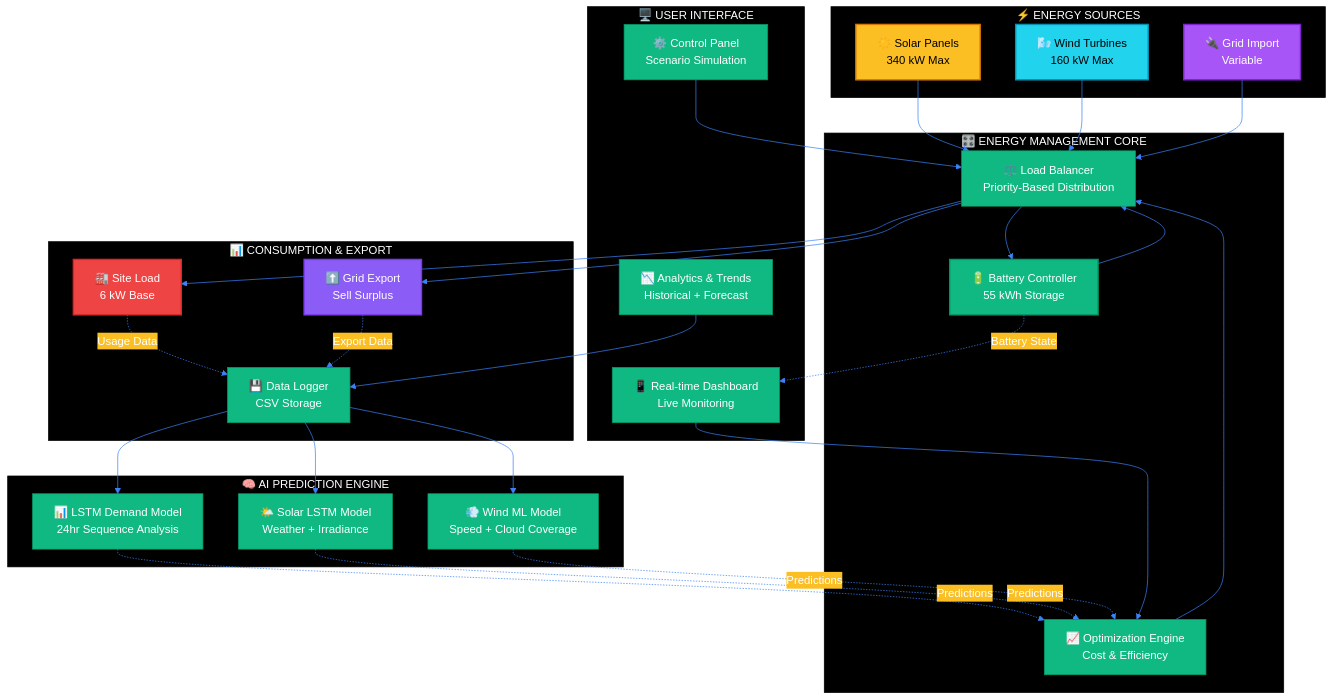
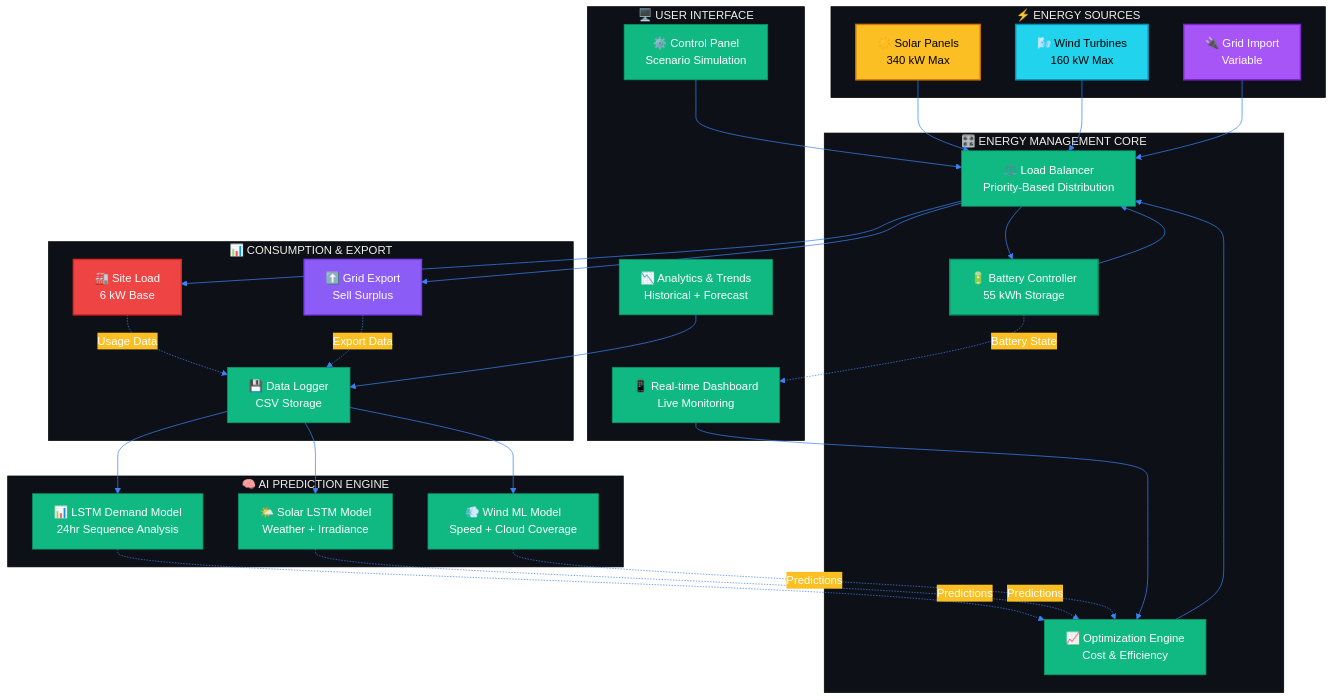
One commit to Alapan18/green-pulse changed the first of 2 diagrams in README.md. Above: the diagram before and after it, drawn with Mermaid.

Commit message:
color change of readme

````diff
--- a/README.md
+++ b/README.md
@@ -85,67 +85,67 @@
 ```mermaid
-%%{init: {'theme':'base', 'themeVariables': { 'primaryColor':'#10b981','primaryTextColor':'#fff','primaryBorderColor':'#059669','lineColor':'#3b82f6','secondaryColor':'#fbbf24','tertiaryColor':'#000000'}}}%%
+%%{init: {'theme':'base', 'themeVariables': { 'primaryColor':'#10b981','primaryTextColor':'#fff','primaryBorderColor':'#059669','lineColor':'#3b82f6','secondaryColor':'#fbbf24','tertiaryColor':'#0D1117'}}}%%
 
 flowchart TB
     subgraph "⚡ ENERGY SOURCES"
         A1[☀️ Solar Panels<br/>340 kW Max]
         A2[🌬️ Wind Turbines<br/>160 kW Max]
         A3[🔌 Grid Import<br/>Variable]
     end
     
     subgraph "🧠 AI PREDICTION ENGINE"
         B1[📊 LSTM Demand Model<br/>24hr Sequence Analysis]
         B2[🌤️ Solar LSTM Model<br/>Weather + Irradiance]
         B3[💨 Wind ML Model<br/>Speed + Cloud Coverage]
     end
     
     subgraph "🎛️ ENERGY MANAGEMENT CORE"
         C1[⚖️ Load Balancer<br/>Priority-Based Distribution]
         C2[🔋 Battery Controller<br/>55 kWh Storage]
         C3[📈 Optimization Engine<br/>Cost & Efficiency]
     end
     
     subgraph "📊 CONSUMPTION & EXPORT"
         D1[🏭 Site Load<br/>6 kW Base]
         D2[⬆️ Grid Export<br/>Sell Surplus]
         D3[💾 Data Logger<br/>CSV Storage]
     end
     
     subgraph "🖥️ USER INTERFACE"
         E1[📱 Real-time Dashboard<br/>Live Monitoring]
         E2[📉 Analytics & Trends<br/>Historical + Forecast]
         E3[⚙️ Control Panel<br/>Scenario Simulation]
     end
 
     A1 --> C1
     A2 --> C1
     A3 --> C1
     
     B1 -.->|Predictions| C3
     B2 -.->|Predictions| C3
     B3 -.->|Predictions| C3
     
     C1 --> C2
     C2 --> C1
     C1 --> D1
     C1 --> D2
     
     C3 --> C1
     D3 --> B1
     D3 --> B2
     D3 --> B3
     
     E1 --> C3
     E2 --> D3
     E3 --> C1
     
     D1 -.->|Usage Data| D3
     D2 -.->|Export Data| D3
     C2 -.->|Battery State| E1
 
     style A1 fill:#fbbf24,stroke:#d97706,stroke-width:2px,color:#000
     style A2 fill:#22d3ee,stroke:#0891b2,stroke-width:2px,color:#000
     style A3 fill:#a855f7,stroke:#7e22ce,stroke-width:2px,color:#fff
     style C2 fill:#10b981,stroke:#059669,stroke-width:2px,color:#fff
     style D1 fill:#ef4444,stroke:#dc2626,stroke-width:2px,color:#fff
     style D2 fill:#8b5cf6,stroke:#7c3aed,stroke-width:2px,color:#fff
 ```
````
